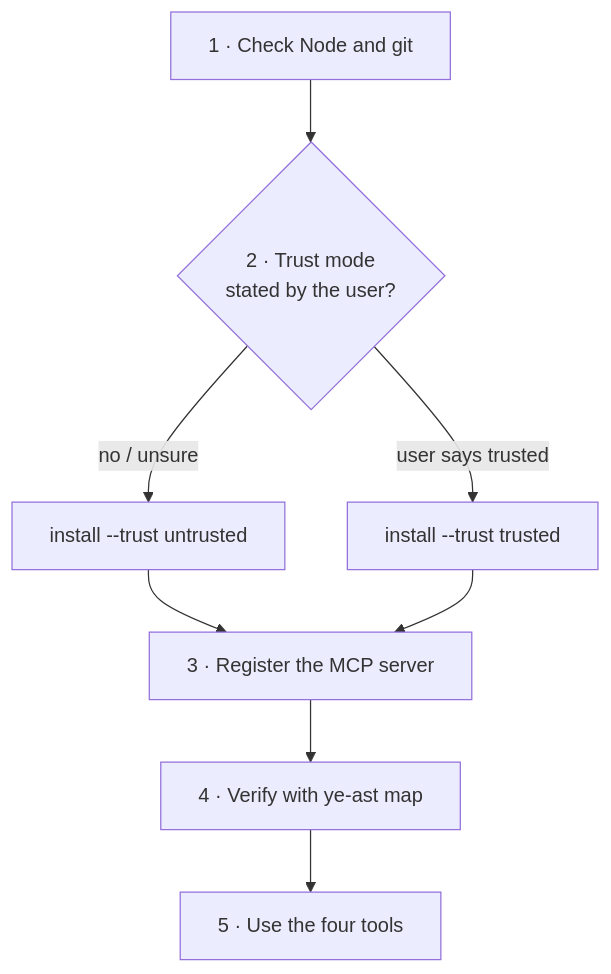
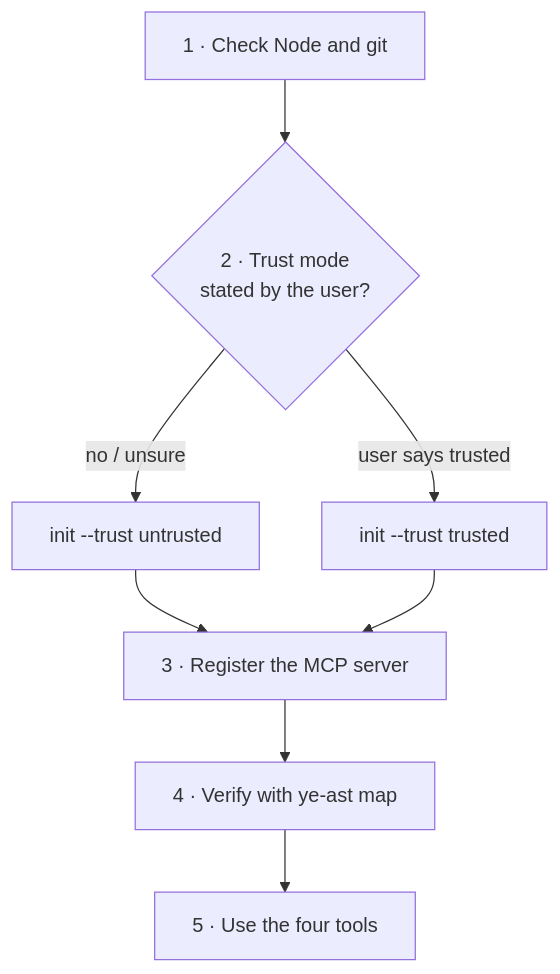
One commit to ArielFalcon/ye-ast changed the second of 4 diagrams in README.md. Above: the diagram before and after it, drawn with Mermaid. The commit also changed other lines of this file and 26 other files, not shown here.

First line of the commit message:
feat(cli)!: rename the install command to init

````diff
--- a/README.md
+++ b/README.md
@@ -121,10 +121,10 @@
 ```mermaid
 flowchart TD
     S1["1 · Check Node and git"] --> S2{"2 · Trust mode<br/>stated by the user?"}
-    S2 -->|"no / unsure"| U["install --trust untrusted"]
-    S2 -->|"user says trusted"| T["install --trust trusted"]
+    S2 -->|"no / unsure"| U["init --trust untrusted"]
+    S2 -->|"user says trusted"| T["init --trust trusted"]
     U --> S3["3 · Register the MCP server"]
     T --> S3
     S3 --> S4["4 · Verify with ye-ast map"]
     S4 --> S5["5 · Use the four tools"]
 ```
````
